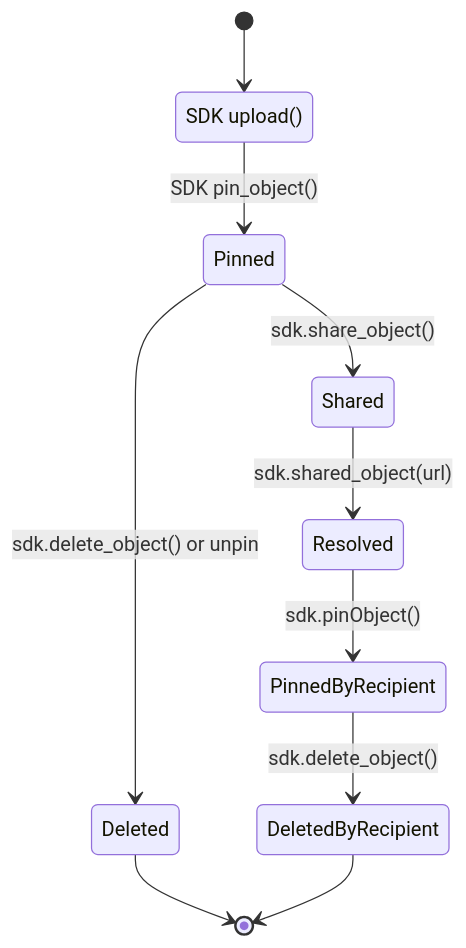
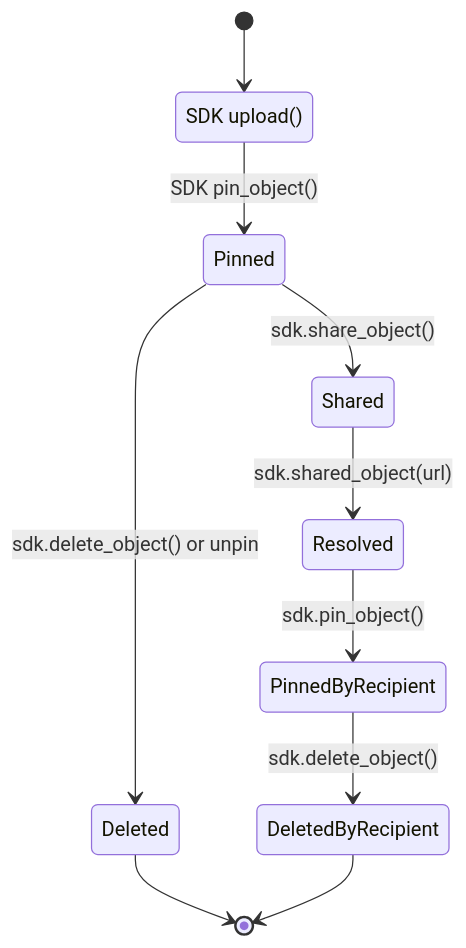
The diagram in docs/core-concepts/pinning.md (SiaFoundation/developer-portal), drawn with Mermaid before and after one commit.

Commit message:
fix(docs): use snake_case consistently in pinning state diagram

````diff
--- a/docs/core-concepts/pinning.md
+++ b/docs/core-concepts/pinning.md
@@ -99,17 +99,17 @@
 ```mermaid
 stateDiagram-v2
     [*] --> Uploaded
 
     Uploaded: SDK upload()
     Uploaded --> Pinned: SDK pin_object()
 
     Pinned --> Shared: sdk.share_object()
     Shared --> Resolved: sdk.shared_object(url)
-    Resolved --> PinnedByRecipient: sdk.pinObject()
+    Resolved --> PinnedByRecipient: sdk.pin_object()
 
     Pinned --> Deleted: sdk.delete_object() or unpin
     Deleted --> [*]
 
     PinnedByRecipient --> DeletedByRecipient: sdk.delete_object()
     DeletedByRecipient --> [*]
 ```
````
